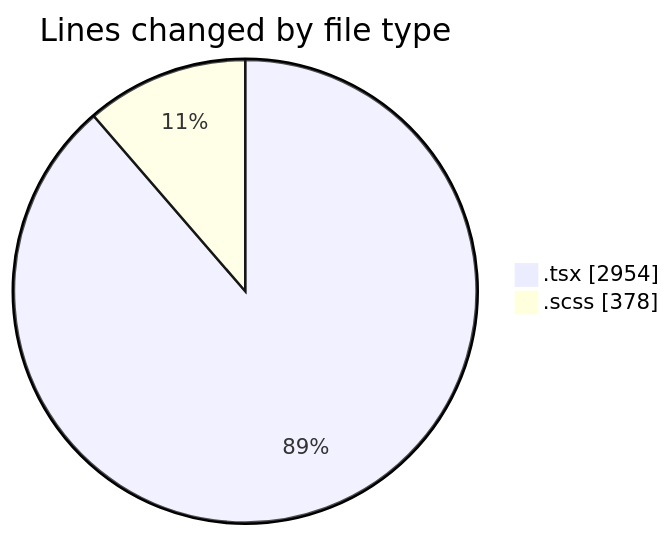
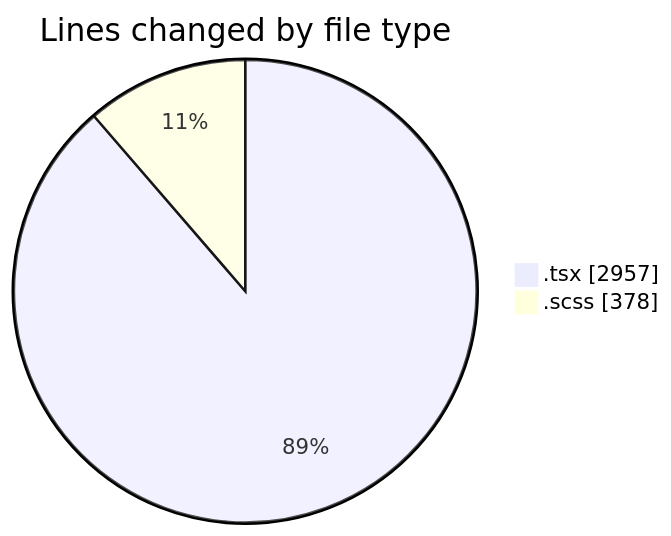
The first of 2 diagrams in 2025-09-30/cda/README.md (momahboobian/code-tracking), drawn with Mermaid before and after one commit. The commit also changed other lines of this file and 1 other file, not shown here.

````diff
--- a/2025-09-30/cda/README.md
+++ b/2025-09-30/cda/README.md
@@ -23,6 +23,6 @@
 ```mermaid
 pie showData
 title Lines changed by file type
-".tsx" : 2954
+".tsx" : 2957
 ".scss" : 378
 ```
````
